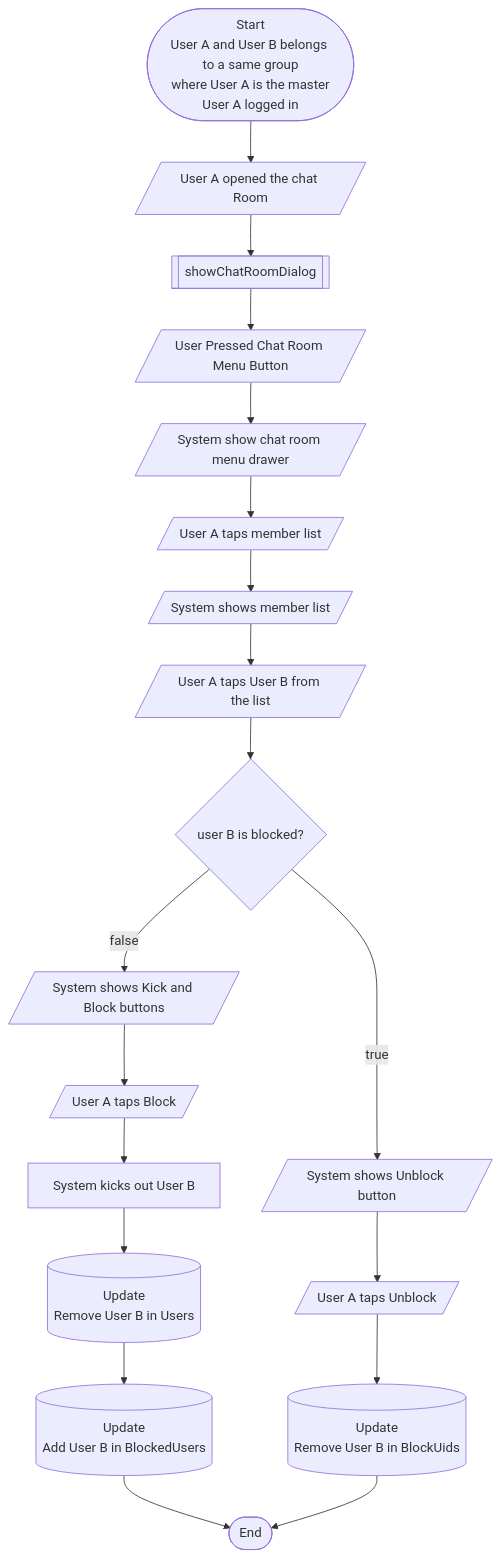
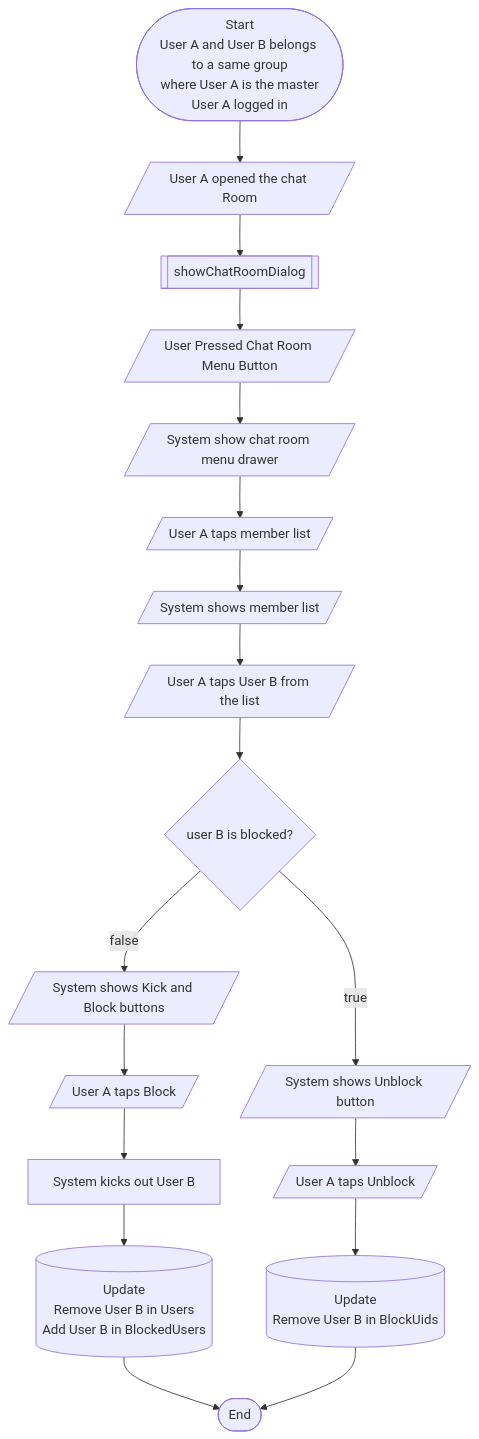
Before and after one commit to thruthesky/easy_packages: the fourth of 4 diagrams in easychat/README.md, drawn with Mermaid. The commit also changed other lines of this file, not shown here.

````diff
--- a/easychat/README.md
+++ b/easychat/README.md
@@ -388,24 +392,23 @@
 ```mermaid
 flowchart TD
   start([Start\nUser A and User B belongs to a same group\nwhere User A is the master\nUser A logged in])
   --> openChatRoom[/User A opened the chat Room/]
   --> openMenu[[showChatRoomDialog]]
   --> userOpenMenu[/User Pressed Chat Room Menu Button/]
   --> systemShowMenu[/System show chat room menu drawer/]
   --> userTapsMemberList[/User A taps member list/]
   --> systemShowsMemberList[/System shows member list/]
   --> masterTapsUser[/User A taps User B from the list/]
   --> isBlocked{user B is blocked?}
   --false--> systemShowsKickAndBlock[/System shows Kick and Block buttons/]
   --> masterTapsBlock[/User A taps Block/]
   --> systemKickMember[System kicks out User B]
-  --> systemRemoveUserB[(Update\nRemove User B in Users)]
-  --> systemAddsInBlock[(Update\nAdd User B in BlockedUsers)]
+  --> systemAddsInBlock[(Update\nRemove User B in Users\nAdd User B in BlockedUsers)]
   --> final
 
   isBlocked--true--> systemShowsUnblock[/System shows Unblock button/]
   --> masterTapsUnblock[/User A taps Unblock/]
   --> systemRemoveUserBInBlock[(Update\nRemove User B in BlockUids)]
   --> final([End])
 
 ```
````
